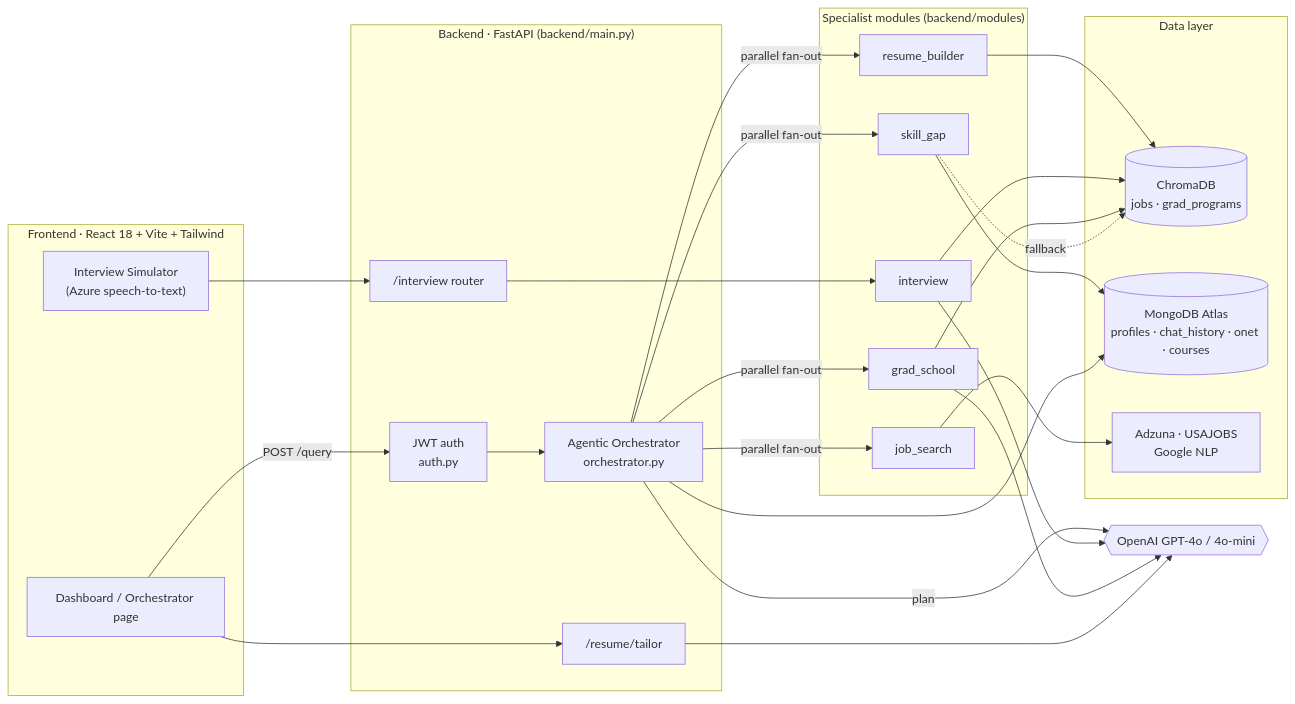
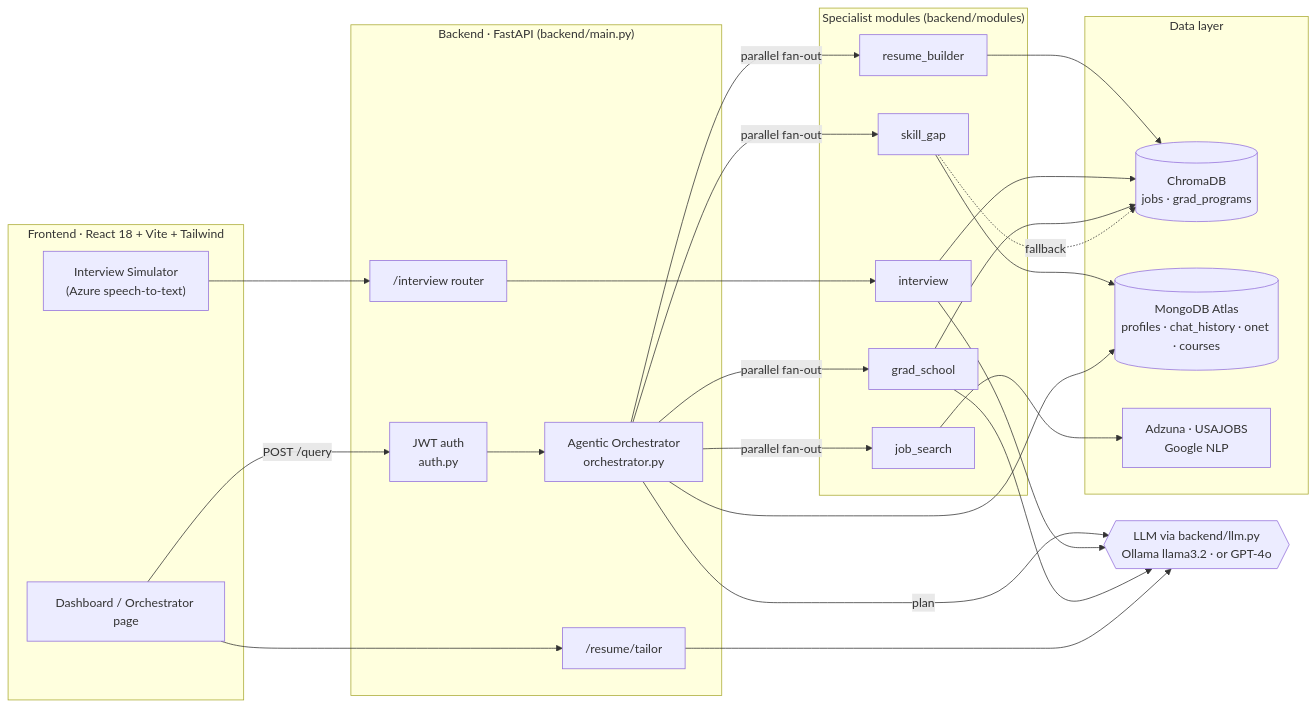
One commit to AmulyaRayabhagi05/RAG-Based-Career-Prep changed the first of 4 diagrams in README.md. Above: the diagram before and after it, drawn with Mermaid. The commit also changed other lines of this file and 17 other files, not shown here.

````diff
--- a/README.md
+++ b/README.md
@@ -68,46 +68,46 @@
 ```mermaid
 flowchart LR
     subgraph Client["Frontend · React 18 + Vite + Tailwind"]
         UI["Dashboard / Orchestrator page"]
         SIM["Interview Simulator<br/>(Azure speech-to-text)"]
     end
 
     subgraph API["Backend · FastAPI (backend/main.py)"]
         AUTH["JWT auth<br/>auth.py"]
         ORCH["Agentic Orchestrator<br/>orchestrator.py"]
         IVR["/interview router"]
         TAILOR["/resume/tailor"]
     end
 
     subgraph Modules["Specialist modules (backend/modules)"]
         RB["resume_builder"]
         SG["skill_gap"]
         JS["job_search"]
         GS["grad_school"]
         IV["interview"]
     end
 
     subgraph Data["Data layer"]
         CH[("ChromaDB<br/>jobs · grad_programs")]
         MG[("MongoDB Atlas<br/>profiles · chat_history · onet · courses")]
         EXT["Adzuna · USAJOBS<br/>Google NLP"]
     end
 
-    LLM{{"OpenAI GPT-4o / 4o-mini"}}
+    LLM{{"LLM via backend/llm.py<br/>Ollama llama3.2 · or GPT-4o"}}
 
     UI -->|"POST /query"| AUTH --> ORCH
     SIM --> IVR --> IV
     UI --> TAILOR
     ORCH -->|"plan"| LLM
     ORCH -->|"parallel fan-out"| RB & SG & JS & GS
     RB --> CH
     IV --> CH
     GS --> CH
     SG --> MG
     SG -.->|"fallback"| CH
     JS --> EXT
     IV --> LLM
     GS --> LLM
     TAILOR --> LLM
     ORCH --> MG
 ```
````
